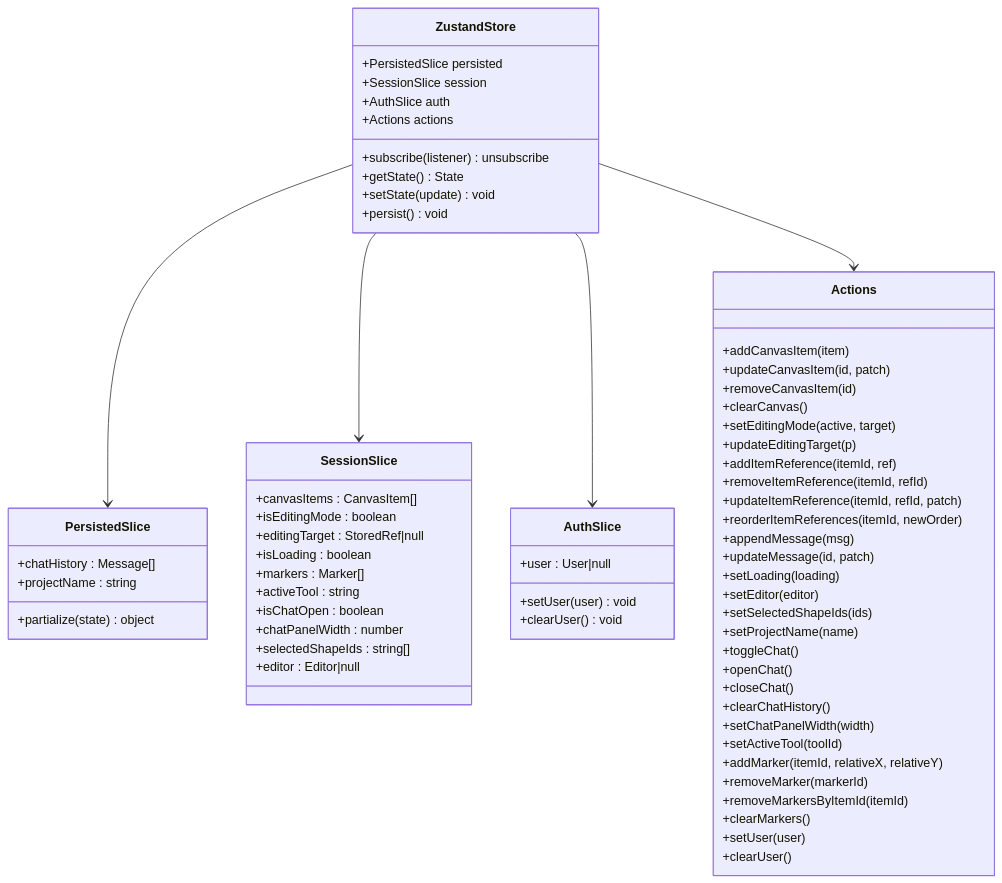
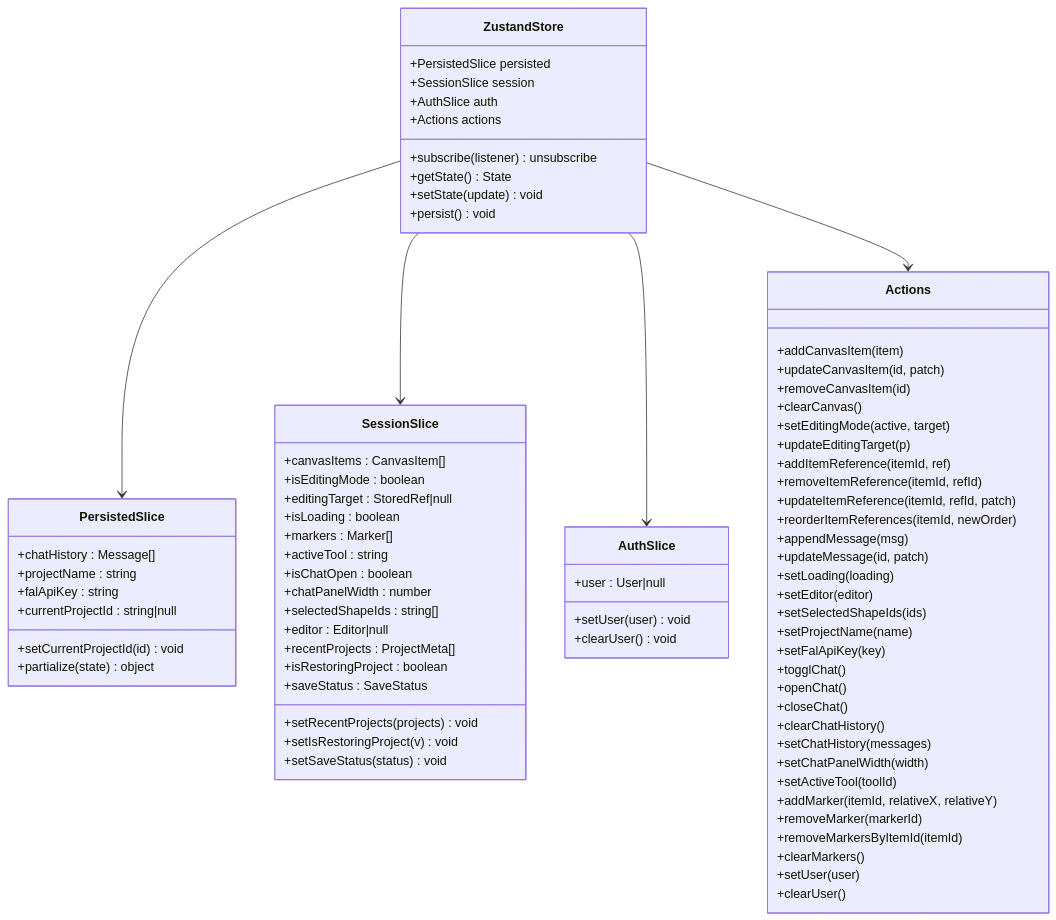
The second of 29 diagrams in .qoder/repowiki/zh/content/状态管理系统.md (billye220670/BananaFlow2), drawn with Mermaid before and after one commit. The commit also changed other lines of this file and 12 other files, not shown here.

First line of the commit message:
fix: shimmer占位图全程覆盖 + 拖入无限循环修复

````diff
--- a/.qoder/repowiki/zh/content/状态管理系统.md
+++ b/.qoder/repowiki/zh/content/状态管理系统.md
@@ -128,69 +141,80 @@
 ```mermaid
 classDiagram
 class ZustandStore {
 +PersistedSlice persisted
 +SessionSlice session
 +AuthSlice auth
 +Actions actions
 +subscribe(listener) unsubscribe
 +getState() State
 +setState(update) void
 +persist() void
 }
 class PersistedSlice {
 +chatHistory : Message[]
 +projectName : string
++falApiKey : string
++currentProjectId : string|null
++setCurrentProjectId(id) void
 +partialize(state) object
 }
 class SessionSlice {
 +canvasItems : CanvasItem[]
 +isEditingMode : boolean
 +editingTarget : StoredRef|null
 +isLoading : boolean
 +markers : Marker[]
 +activeTool : string
 +isChatOpen : boolean
 +chatPanelWidth : number
 +selectedShapeIds : string[]
 +editor : Editor|null
++recentProjects : ProjectMeta[]
++setRecentProjects(projects) void
++isRestoringProject : boolean
++setIsRestoringProject(v) void
++saveStatus : SaveStatus
++setSaveStatus(status) void
 }
 class AuthSlice {
 +user : User|null
 +setUser(user) void
 +clearUser() void
 }
 class Actions {
 +addCanvasItem(item)
 +updateCanvasItem(id, patch)
 +removeCanvasItem(id)
 +clearCanvas()
 +setEditingMode(active, target)
 +updateEditingTarget(p)
 +addItemReference(itemId, ref)
 +removeItemReference(itemId, refId)
 +updateItemReference(itemId, refId, patch)
 +reorderItemReferences(itemId, newOrder)
 +appendMessage(msg)
 +updateMessage(id, patch)
 +setLoading(loading)
 +setEditor(editor)
 +setSelectedShapeIds(ids)
 +setProjectName(name)
-+toggleChat()
++setFalApiKey(key)
++togglChat()
 +openChat()
 +closeChat()
 +clearChatHistory()
++setChatHistory(messages)
 +setChatPanelWidth(width)
 +setActiveTool(toolId)
 +addMarker(itemId, relativeX, relativeY)
 +removeMarker(markerId)
 +removeMarkersByItemId(itemId)
 +clearMarkers()
 +setUser(user)
 +clearUser()
 }
 ZustandStore --> PersistedSlice
 ZustandStore --> SessionSlice
 ZustandStore --> AuthSlice
 ZustandStore --> Actions
 ```
````
